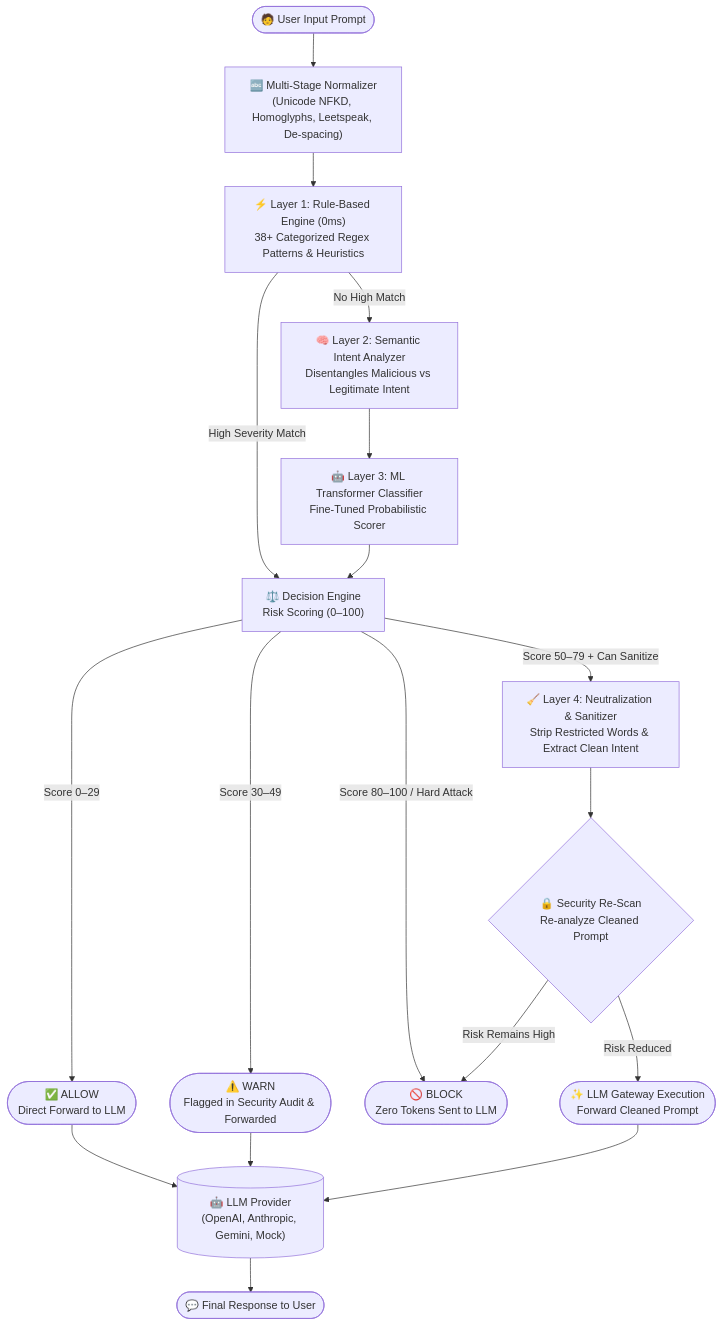
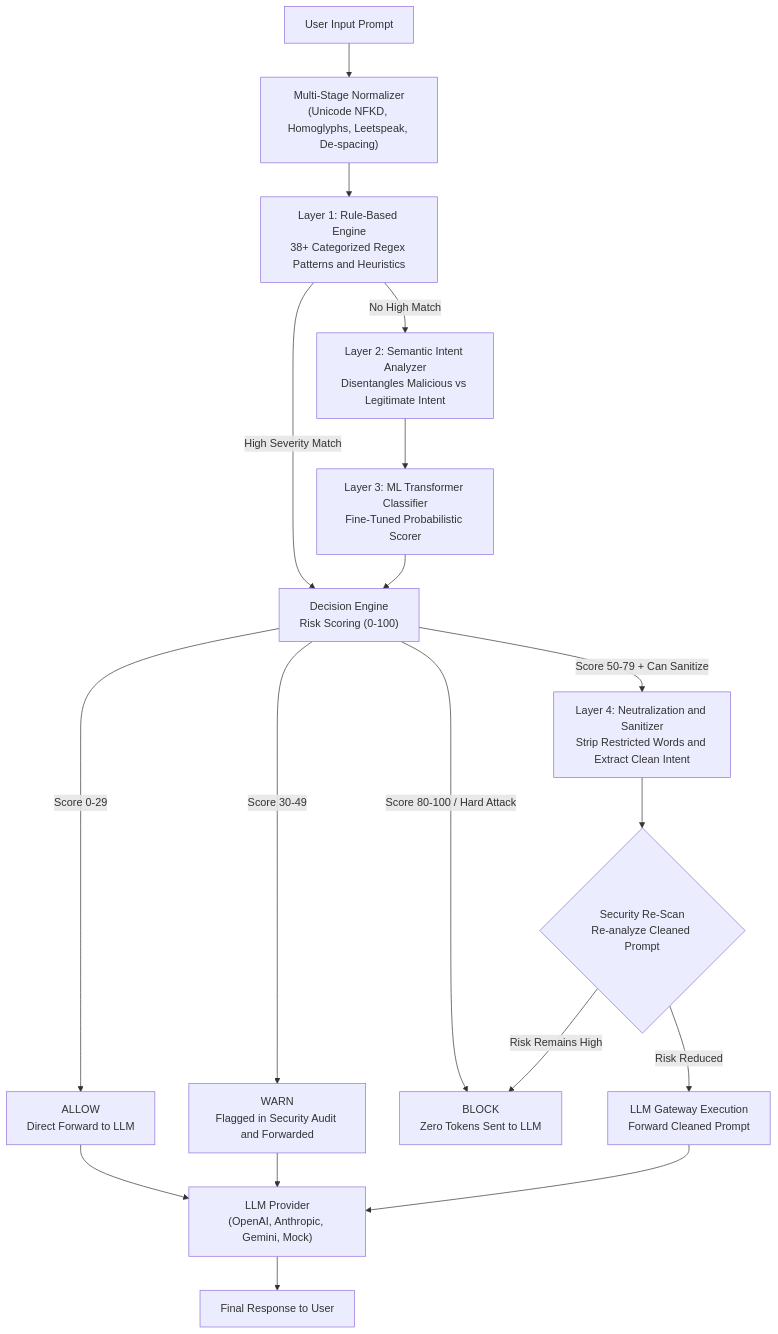
One commit to Mukilan7605/promptshield changed the diagram in README.md. Above: the diagram before and after it, drawn with Mermaid. The commit also changed other lines of this file and 3 other files, not shown here.

````diff
--- a/README.md
+++ b/README.md
@@ -54,24 +49,24 @@
 ```mermaid
 flowchart TD
-    UserPrompt(["🧑 User Input Prompt"]) --> Normalizer["🔤 Multi-Stage Normalizer\n(Unicode NFKD, Homoglyphs, Leetspeak, De-spacing)"]
+    UserPrompt["User Input Prompt"] --> Normalizer["Multi-Stage Normalizer\n(Unicode NFKD, Homoglyphs, Leetspeak, De-spacing)"]
 
-    Normalizer --> L1["⚡ Layer 1: Rule-Based Engine (0ms)\n38+ Categorized Regex Patterns & Heuristics"]
+    Normalizer --> L1["Layer 1: Rule-Based Engine\n38+ Categorized Regex Patterns and Heuristics"]
     
-    L1 -->|High Severity Match| DE["⚖️ Decision Engine\nRisk Scoring (0–100)"]
-    L1 -->|No High Match| L2["🧠 Layer 2: Semantic Intent Analyzer\nDisentangles Malicious vs Legitimate Intent"]
+    L1 -->|High Severity Match| DE["Decision Engine\nRisk Scoring (0-100)"]
+    L1 -->|No High Match| L2["Layer 2: Semantic Intent Analyzer\nDisentangles Malicious vs Legitimate Intent"]
     
-    L2 --> L3["🤖 Layer 3: ML Transformer Classifier\nFine-Tuned Probabilistic Scorer"]
+    L2 --> L3["Layer 3: ML Transformer Classifier\nFine-Tuned Probabilistic Scorer"]
     L3 --> DE
 
-    DE -->|Score 0–29| ALLOW(["✅ ALLOW\nDirect Forward to LLM"])
-    DE -->|Score 30–49| WARN(["⚠️ WARN\nFlagged in Security Audit & Forwarded"])
-    DE -->|Score 50–79 + Can Sanitize| SAN["🧹 Layer 4: Neutralization & Sanitizer\nStrip Restricted Words & Extract Clean Intent"]
-    DE -->|Score 80–100 / Hard Attack| BLOCK(["🚫 BLOCK\nZero Tokens Sent to LLM"])
+    DE -->|Score 0-29| ALLOW["ALLOW\nDirect Forward to LLM"]
+    DE -->|Score 30-49| WARN["WARN\nFlagged in Security Audit and Forwarded"]
+    DE -->|Score 50-79 + Can Sanitize| SAN["Layer 4: Neutralization and Sanitizer\nStrip Restricted Words and Extract Clean Intent"]
+    DE -->|Score 80-100 / Hard Attack| BLOCK["BLOCK\nZero Tokens Sent to LLM"]
 
-    SAN --> ReScan{"🔒 Security Re-Scan\nRe-analyze Cleaned Prompt"}
-    ReScan -->|Risk Reduced| ExecClean(["✨ LLM Gateway Execution\nForward Cleaned Prompt"])
+    SAN --> ReScan{"Security Re-Scan\nRe-analyze Cleaned Prompt"}
+    ReScan -->|Risk Reduced| ExecClean["LLM Gateway Execution\nForward Cleaned Prompt"]
     ReScan -->|Risk Remains High| BLOCK
 
-    ALLOW & WARN & ExecClean --> LLM[("🤖 LLM Provider\n(OpenAI, Anthropic, Gemini, Mock)")]
-    LLM --> FinalResp(["💬 Final Response to User"])
+    ALLOW & WARN & ExecClean --> LLM["LLM Provider\n(OpenAI, Anthropic, Gemini, Mock)"]
+    LLM --> FinalResp["Final Response to User"]
 ```
````
